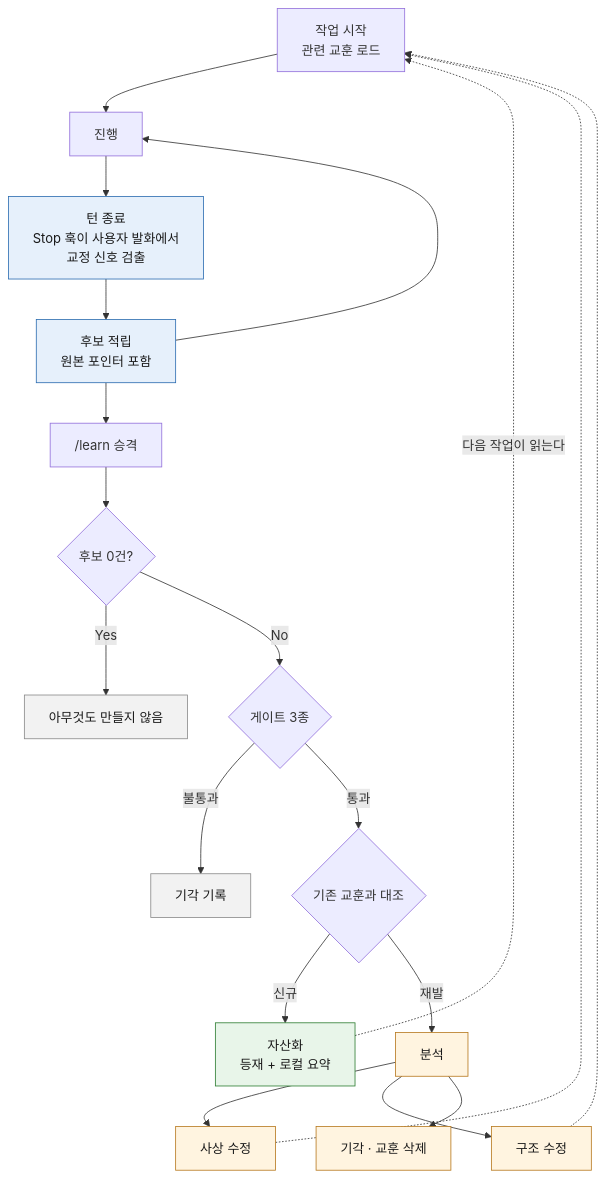
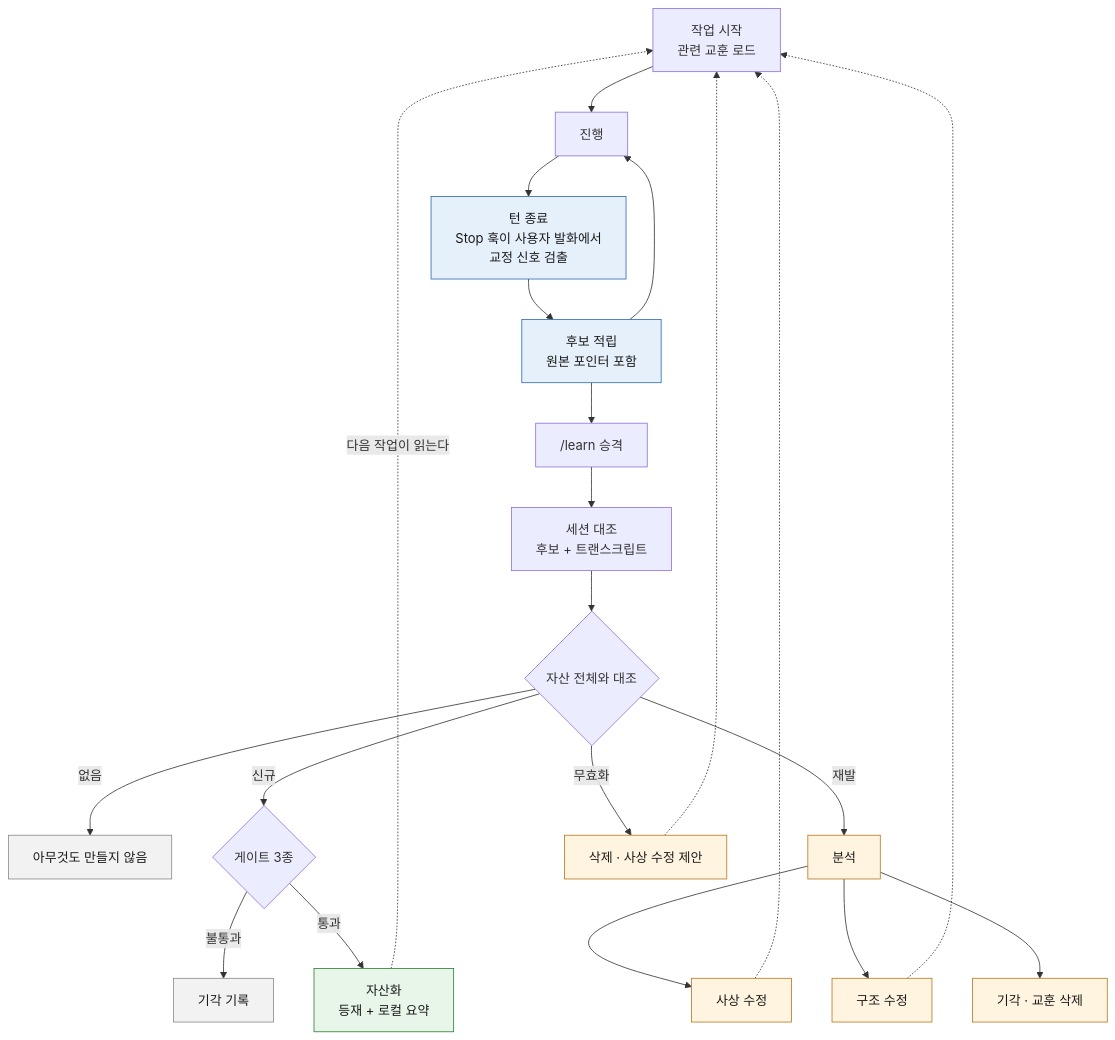
The diagram in docs/lessons.md (idean3885/claude-devex), drawn with Mermaid before and after one commit. The commit also changed other lines of this file and 5 other files, not shown here.

````diff
--- a/docs/lessons.md
+++ b/docs/lessons.md
@@ -21,30 +21,32 @@
 ```mermaid
 flowchart TB
   S["작업 시작<br/>관련 교훈 로드"] --> W["진행"]
   W --> T["턴 종료<br/>Stop 훅이 사용자 발화에서<br/>교정 신호 검출"]
   T --> Q["후보 적립<br/>원본 포인터 포함"]
   Q --> W
   Q --> L["/learn 승격"]
-  L --> G{"후보 0건?"}
-  G -->|"Yes"| N["아무것도 만들지 않음"]
-  G -->|"No"| GATE{"게이트 3종"}
+  L --> SC["세션 대조<br/>후보 + 트랜스크립트"]
+  SC --> M{"자산 전체와 대조"}
+  M -->|"없음"| N["아무것도 만들지 않음"]
+  M -->|"신규"| GATE{"게이트 3종"}
+  M -->|"재발"| R["분석"]
+  M -->|"무효화"| V["삭제 · 사상 수정 제안"]
   GATE -->|"불통과"| RJ["기각 기록"]
-  GATE -->|"통과"| M{"기존 교훈과 대조"}
-  M -->|"신규"| A["자산화<br/>등재 + 로컬 요약"]
-  M -->|"재발"| R["분석"]
+  GATE -->|"통과"| A["자산화<br/>등재 + 로컬 요약"]
   R --> R1["사상 수정"]
   R --> R2["구조 수정"]
   R --> R3["기각 · 교훈 삭제"]
   A -.->|"다음 작업이 읽는다"| S
   R1 -.-> S
   R2 -.-> S
+  V -.-> S
 
   classDef skip fill:#f2f2f2,stroke:#8a8a8a,color:#1a1a1a
   classDef act fill:#e8f5e9,stroke:#2e7d32,color:#1a1a1a
   classDef dig fill:#fff4e0,stroke:#b7791f,color:#1a1a1a
   classDef mach fill:#e6f0fb,stroke:#2b6cb0,color:#1a1a1a
   class N,RJ skip
   class A act
-  class R,R1,R2,R3 dig
+  class R,R1,R2,R3,V dig
   class T,Q mach
 ```
````
